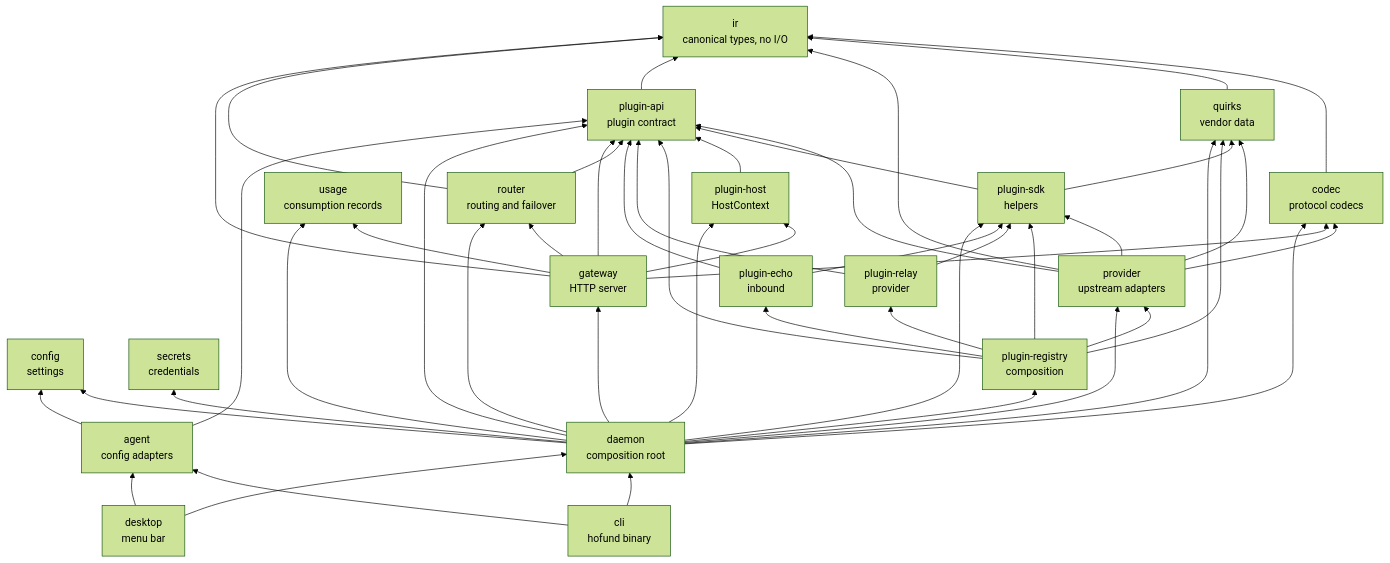
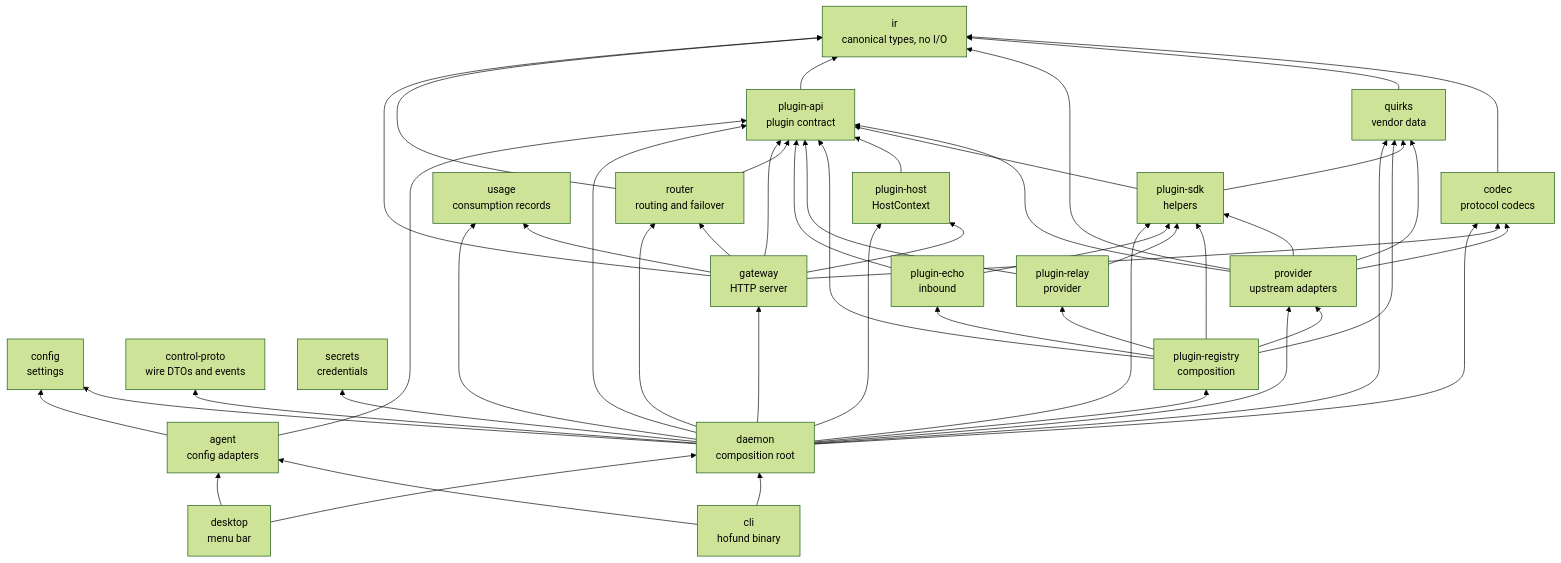
The diagram in docs/architecture.md (logibricks-io/open-heimdall-hofund), drawn with Mermaid (forest theme) before and after one commit. The commit also changed other lines of this file and 77 other files, not shown here.

First line of the commit message:
control: L1 - control-proto DTOs and snapshots

````diff
--- a/docs/architecture.md
+++ b/docs/architecture.md
@@ -37,70 +37,72 @@
 ```mermaid
 flowchart BT
   ir["ir<br/>canonical types, no I/O"]
   codec["codec<br/>protocol codecs"]
   quirks["quirks<br/>vendor data"]
   provider["provider<br/>upstream adapters"]
   router["router<br/>routing and failover"]
   config["config<br/>settings"]
+  controlProto["control-proto<br/>wire DTOs and events"]
+  daemon --> controlProto
   secrets["secrets<br/>credentials"]
   usage["usage<br/>consumption records"]
   agent["agent<br/>config adapters"]
   pluginApi["plugin-api<br/>plugin contract"]
   pluginSdk["plugin-sdk<br/>helpers"]
   pluginHost["plugin-host<br/>HostContext"]
   pluginRegistry["plugin-registry<br/>composition"]
   pluginRelay["plugin-relay<br/>provider"]
   pluginEcho["plugin-echo<br/>inbound"]
   gateway["gateway<br/>HTTP server"]
   daemon["daemon<br/>composition root"]
   cli["cli<br/>hofund binary"]
   desktop["desktop<br/>menu bar"]
 
   codec --> ir
   quirks --> ir
   provider --> codec
   provider --> ir
   provider --> quirks
   provider --> pluginApi
   provider --> pluginSdk
   pluginApi --> ir
   pluginSdk --> pluginApi
   pluginSdk --> quirks
   pluginHost --> pluginApi
   pluginRegistry --> pluginApi
   pluginRegistry --> pluginSdk
   pluginRegistry --> pluginRelay
   pluginRegistry --> pluginEcho
   pluginRegistry --> provider
   pluginRegistry --> quirks
   pluginRelay --> pluginApi
   pluginRelay --> pluginSdk
   pluginEcho --> pluginApi
   pluginEcho --> pluginSdk
   router --> pluginApi
   router --> ir
   gateway --> router
   gateway --> codec
   gateway --> ir
   gateway --> usage
   gateway --> pluginApi
   gateway --> pluginHost
   daemon --> gateway
   daemon --> config
   daemon --> secrets
   daemon --> provider
   daemon --> codec
   daemon --> quirks
   daemon --> router
   daemon --> pluginApi
   daemon --> pluginHost
   daemon --> pluginRegistry
   daemon --> pluginSdk
   daemon --> usage
   agent --> config
   agent --> pluginApi
   cli --> daemon
   cli --> agent
   desktop --> daemon
   desktop --> agent
 ```
````
